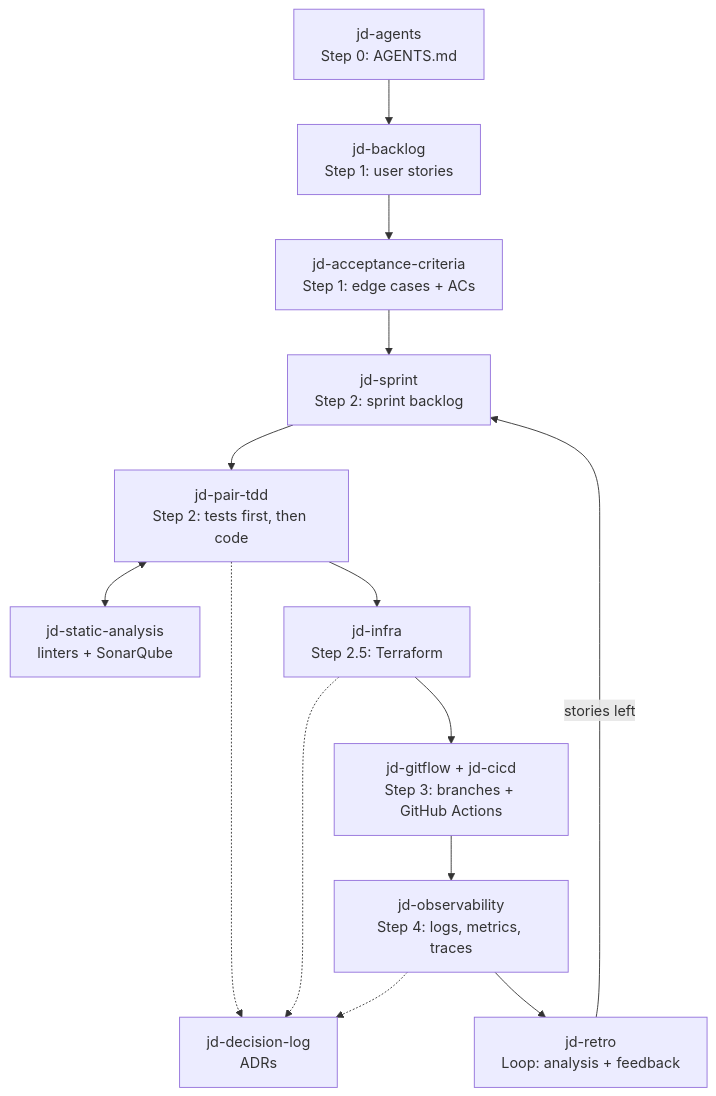
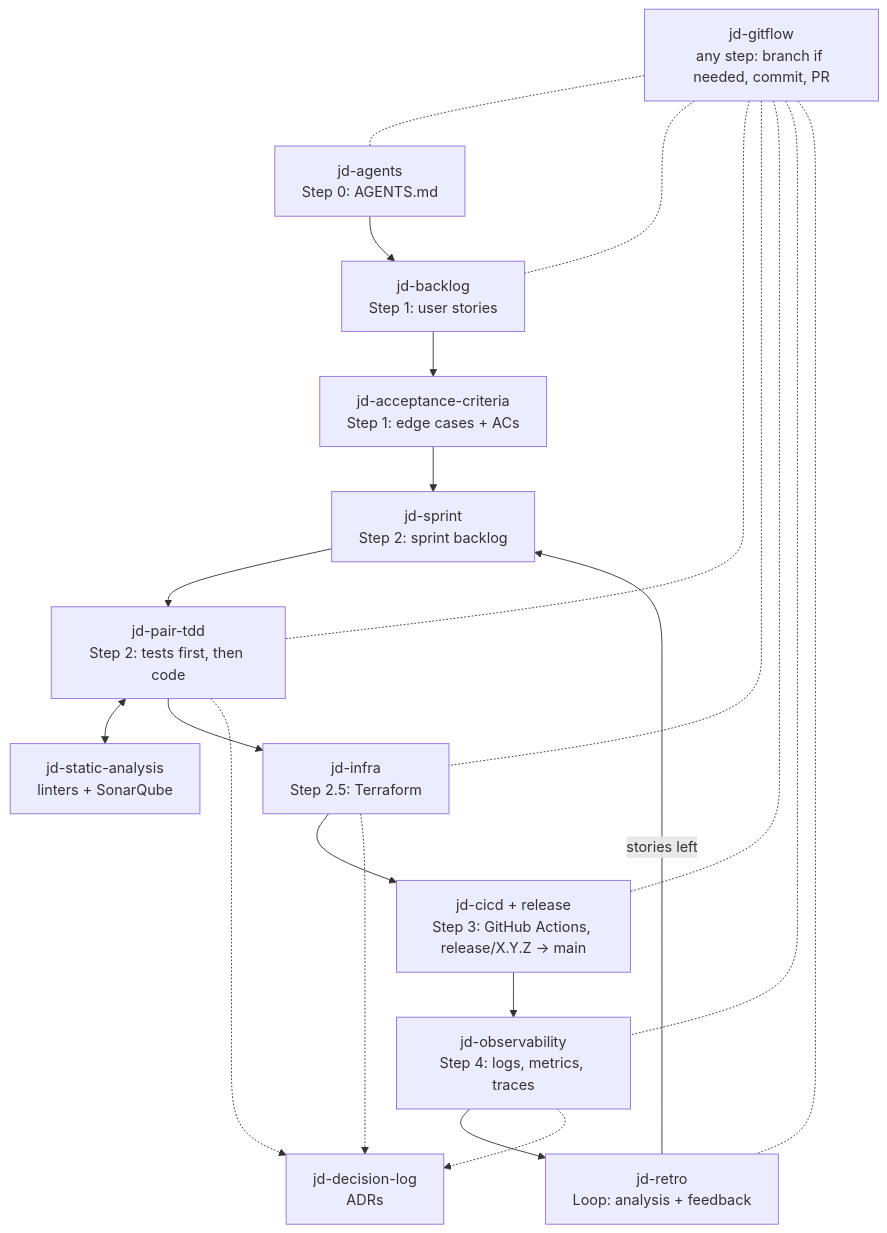
Before and after one commit to Juan-Devgo/JuanDevOps: the diagram in README.md, drawn with Mermaid. The commit also changed other lines of this file, not shown here.

````diff
--- a/README.md
+++ b/README.md
@@ -9,16 +9,17 @@
 ```mermaid
 flowchart TD
     A[jd-agents<br/>Step 0: AGENTS.md] --> B[jd-backlog<br/>Step 1: user stories]
     B --> C[jd-acceptance-criteria<br/>Step 1: edge cases + ACs]
     C --> D[jd-sprint<br/>Step 2: sprint backlog]
     D --> E[jd-pair-tdd<br/>Step 2: tests first, then code]
     E <--> F[jd-static-analysis<br/>linters + SonarQube]
     E --> G[jd-infra<br/>Step 2.5: Terraform]
-    G --> H[jd-gitflow + jd-cicd<br/>Step 3: branches + GitHub Actions]
+    G --> H[jd-cicd + release<br/>Step 3: GitHub Actions, release/X.Y.Z → main]
     H --> I[jd-observability<br/>Step 4: logs, metrics, traces]
     I --> J[jd-retro<br/>Loop: analysis + feedback]
     J -->|stories left| D
     E -.-> K[jd-decision-log<br/>ADRs]
     G -.-> K
     I -.-> K
+    L[jd-gitflow<br/>any step: branch if needed, commit, PR] -.- A & B & E & G & H & I & J
 ```
````
